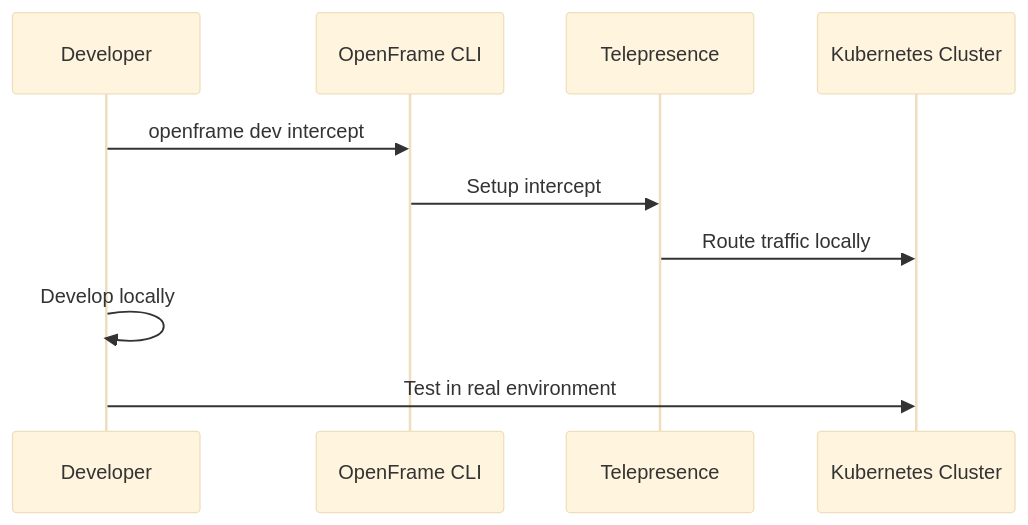
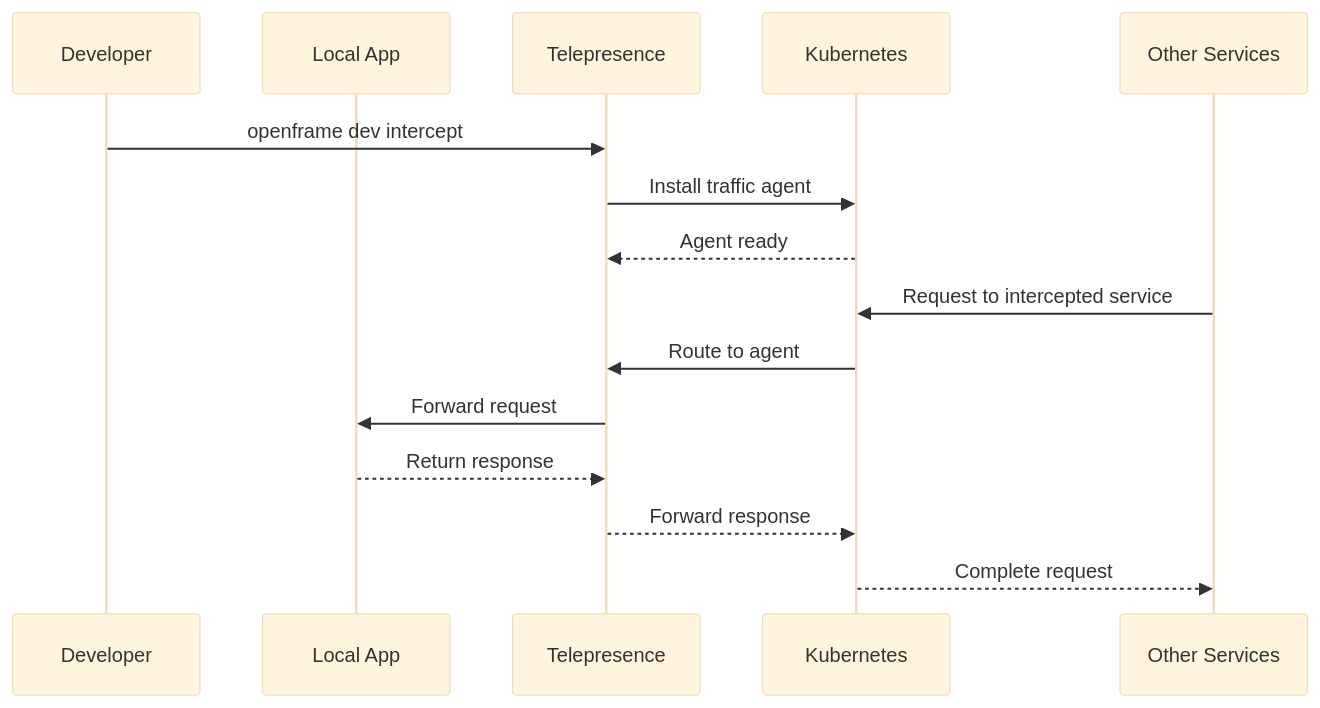
Before and after one commit to flamingo-stack/openframe-cli: the second of 2 diagrams in docs/getting-started/first-steps.md, drawn with Mermaid (base theme). The commit also changed other lines of this file and 51 other files, not shown here.

````diff
--- a/docs/getting-started/first-steps.md
+++ b/docs/getting-started/first-steps.md
@@ -213,13 +149,19 @@
 ```mermaid
 sequenceDiagram
-    participant Dev as Developer
-    participant CLI as OpenFrame CLI
-    participant Telepresence as Telepresence
-    participant K8s as Kubernetes Cluster
+    participant User as Developer
+    participant Local as Local App
+    participant Telepresence
+    participant Cluster as Kubernetes
+    participant Services as Other Services
     
-    Dev->>CLI: openframe dev intercept
-    CLI->>Telepresence: Setup intercept
-    Telepresence->>K8s: Route traffic locally
-    Dev->>Dev: Develop locally
-    Dev->>K8s: Test in real environment
+    User->>Telepresence: openframe dev intercept
+    Telepresence->>Cluster: Install traffic agent
+    Cluster-->>Telepresence: Agent ready
+    
+    Services->>Cluster: Request to intercepted service
+    Cluster->>Telepresence: Route to agent
+    Telepresence->>Local: Forward request
+    Local-->>Telepresence: Return response
+    Telepresence-->>Cluster: Forward response
+    Cluster-->>Services: Complete request
 ```
````
